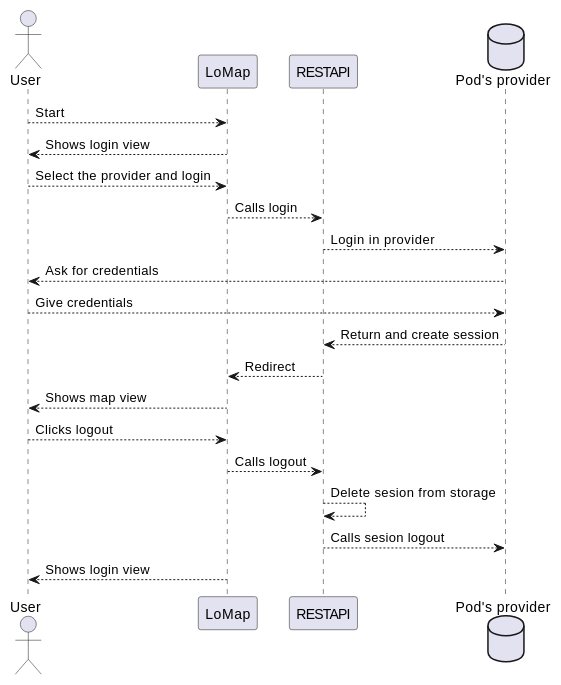
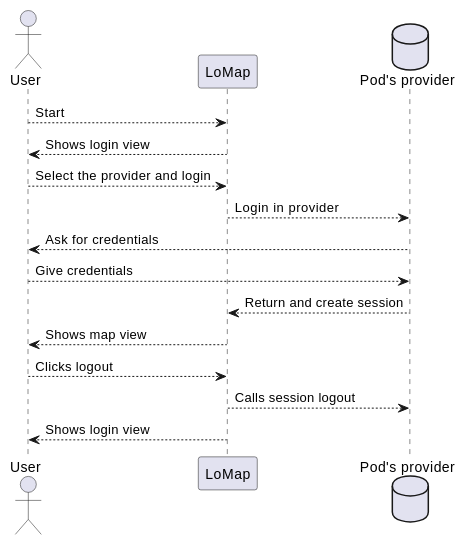
One commit to Arquisoft/lomap_es1c changed the first of 7 diagrams in docs/06_runtime_view.adoc. Above: the diagram before and after it, drawn with PlantUML. The commit also changed other lines of this file, not shown here.

```diff
--- a/docs/06_runtime_view.adoc
+++ b/docs/06_runtime_view.adoc
@@ -35,22 +35,17 @@
 [plantuml,"Sequence diagram login",png]
 ----
 actor User
 Participant LoMap
-participant ra as "RESTAPI"
 database pod as "Pod's provider"
 User --> LoMap : Start
 LoMap  --> User : Shows login view
 User --> LoMap : Select the provider and login
-LoMap  --> ra: Calls login
-ra --> pod: Login in provider
+LoMap  --> pod: Login in provider
 pod --> User: Ask for credentials
 User --> pod: Give credentials
-pod --> ra: Return and create session
-ra --> LoMap: Redirect
+pod --> LoMap: Return and create session
 LoMap --> User: Shows map view
 User--> LoMap: Clicks logout
-LoMap --> ra: Calls logout
-ra --> ra: Delete sesion from storage
-ra --> pod: Calls sesion logout
+LoMap --> pod: Calls session logout
 LoMap --> User: Shows login view
 ----
```
